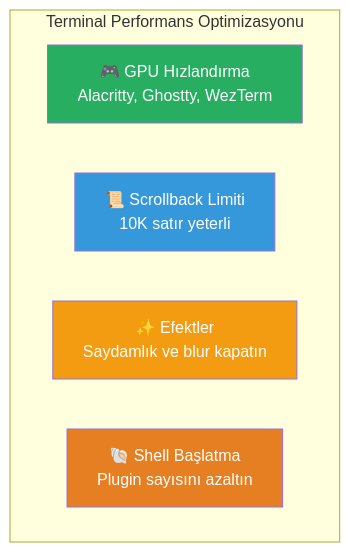
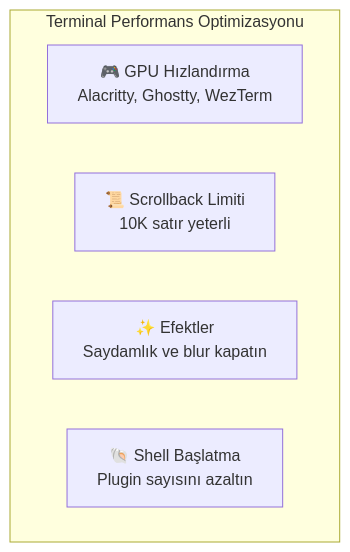
One commit to IzzetYasinAtes/ClaudeCodeHandbook changed the fifth of 5 diagrams in 17-konfigurasyon/08-terminal-optimizasyonu.md. Above: the diagram before and after it, drawn with Mermaid. The commit also changed other lines of this file and 97 other files, not shown here.

Commit message:
Remove all custom Mermaid style/fill colors from 98 markdown files for consistent dark theme rendering

````diff
--- a/17-konfigurasyon/08-terminal-optimizasyonu.md
+++ b/17-konfigurasyon/08-terminal-optimizasyonu.md
@@ -366,14 +355,10 @@
 ```mermaid
 flowchart TD
     subgraph perf ["Terminal Performans Optimizasyonu"]
         GPU["🎮 GPU Hızlandırma<br/>Alacritty, Ghostty, WezTerm"]
         SCROLL["📜 Scrollback Limiti<br/>10K satır yeterli"]
         EFFECT["✨ Efektler<br/>Saydamlık ve blur kapatın"]
         SHELL["🐚 Shell Başlatma<br/>Plugin sayısını azaltın"]
     end
 
-    style GPU fill:#27AE60,color:#fff
-    style SCROLL fill:#3498DB,color:#fff
-    style EFFECT fill:#F39C12,color:#fff
-    style SHELL fill:#E67E22,color:#fff
 ```
````
